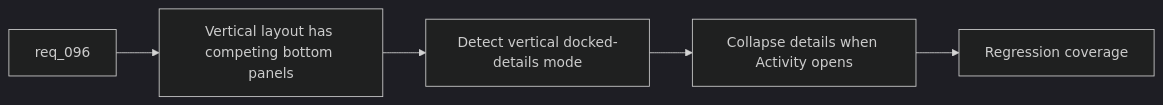
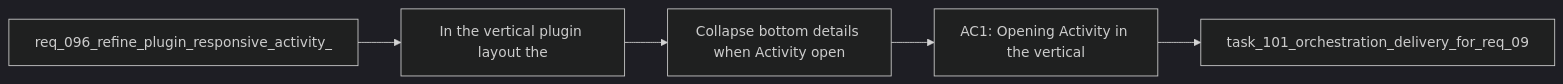
Before and after one commit to AlexAgo83/logics-manager: the diagram in logics/backlog/item_158_collapse_bottom_details_when_activity_opens_in_vertical_plugin_layout.md, drawn with Mermaid (dark theme). The commit also changed 481 other files, not shown here.

````diff
--- a/logics/backlog/item_158_collapse_bottom_details_when_activity_opens_in_vertical_plugin_layout.md
+++ b/logics/backlog/item_158_collapse_bottom_details_when_activity_opens_in_vertical_plugin_layout.md
@@ -28,9 +28,9 @@
 ```mermaid
 %% logics-kind: backlog
 %% logics-signature: backlog|collapse-bottom-details-when-activity-op|req-096-refine-plugin-responsive-activit|in-the-vertical-plugin-layout-the|ac1-opening-activity-in-the-vertical
 flowchart LR
-    Request[req_096] --> Problem[Vertical layout has competing bottom panels]
-    Problem --> Detect[Detect vertical docked-details mode]
-    Detect --> Collapse[Collapse details when Activity opens]
-    Collapse --> Test[Regression coverage]
+    Request[req_096_refine_plugin_responsive_activity_] --> Problem[In the vertical plugin layout the]
+    Problem --> Scope[Collapse bottom details when Activity open]
+    Scope --> Acceptance[AC1: Opening Activity in the vertical]
+    Acceptance --> Tasks[task_101_orchestration_delivery_for_req_09]
 ```
````
